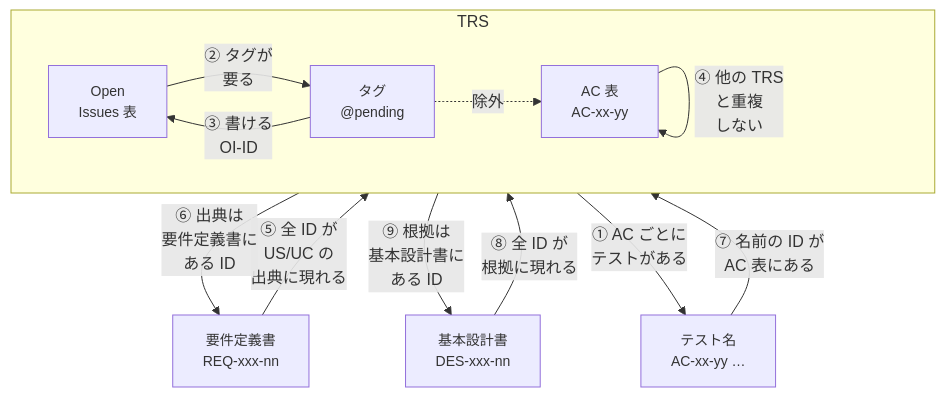
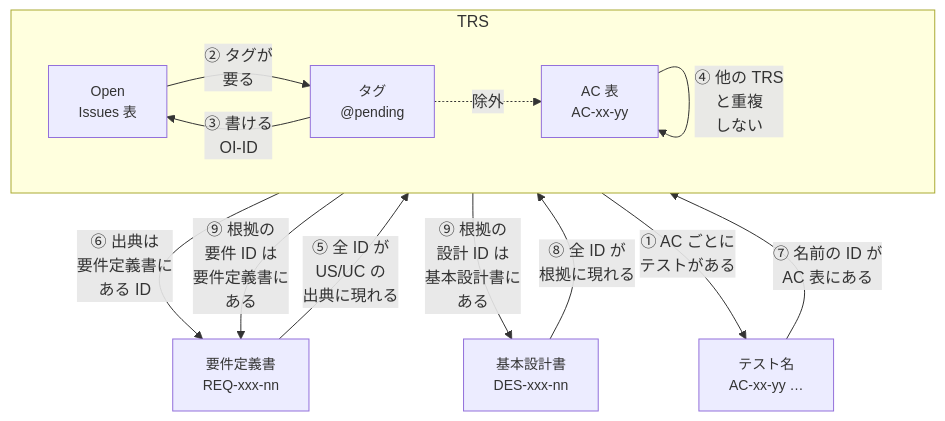
The second of 4 diagrams in docs/testing/03-trs-guideline.md (toshio-shiratori/harness-test-strategy), drawn with Mermaid before and after one commit. The commit also changed other lines of this file and 7 other files, not shown here.

````diff
--- a/docs/testing/03-trs-guideline.md
+++ b/docs/testing/03-trs-guideline.md
@@ -196,23 +196,24 @@
 ```mermaid
 flowchart TB
   classDef default font-size:14px
   R["要件定義書<br/>REQ-xxx-nn"]
   D["基本設計書<br/>DES-xxx-nn"]
   subgraph TRS["TRS"]
     direction LR
     OI["Open<br/>Issues 表"]
     TAG["タグ<br/>@pending"]
     AC["AC 表<br/>AC-xx-yy"]
     OI -->|"② タグが<br/>要る"| TAG
     TAG -->|"③ 書ける<br/>OI-ID"| OI
     TAG -.->|"除外"| AC
     AC -->|"④ 他の TRS<br/>と重複<br/>しない"| AC
   end
   T["テスト名<br/>AC-xx-yy …"]
   R -->|"⑤ 全 ID が<br/>US/UC の<br/>出典に現れる"| TRS
   TRS -->|"⑥ 出典は<br/>要件定義書に<br/>ある ID"| R
   D -->|"⑧ 全 ID が<br/>根拠に現れる"| TRS
-  TRS -->|"⑨ 根拠は<br/>基本設計書に<br/>ある ID"| D
+  TRS -->|"⑨ 根拠の<br/>設計 ID は<br/>基本設計書に<br/>ある"| D
+  TRS -->|"⑨ 根拠の<br/>要件 ID は<br/>要件定義書に<br/>ある"| R
   TRS -->|"① AC ごとに<br/>テストがある"| T
   T -->|"⑦ 名前の ID が<br/>AC 表にある"| TRS
 ```
````
